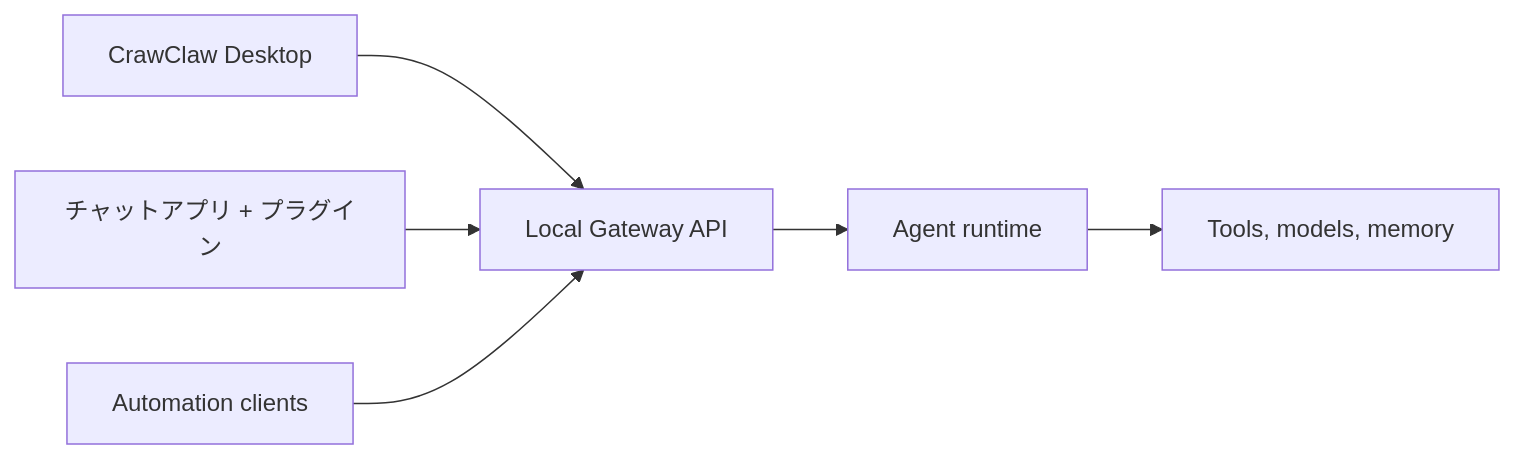
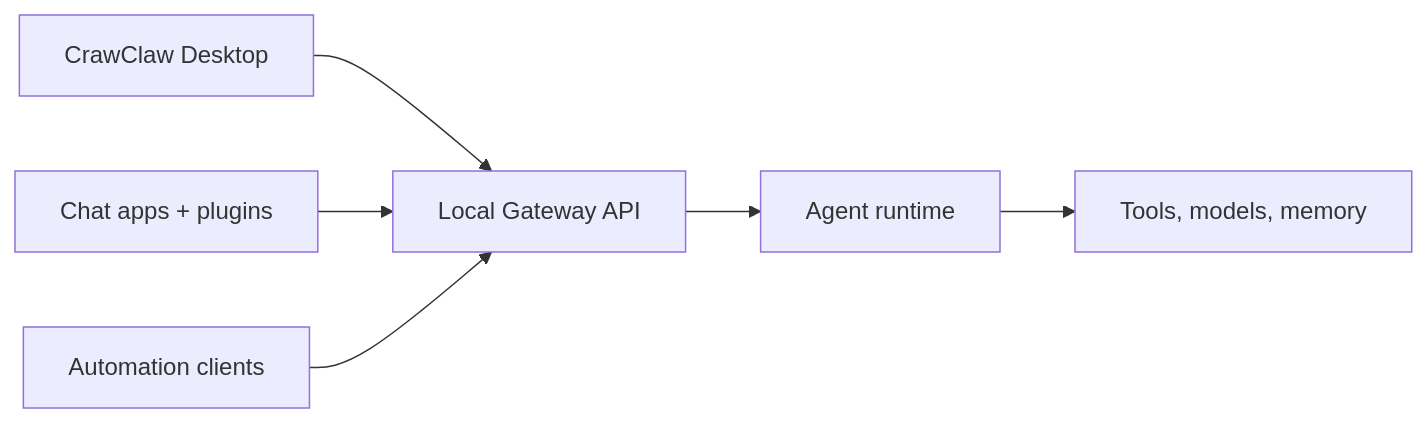
The diagram in docs/ja-JP/index.md (qianleigood/crawclaw), drawn with Mermaid before and after one commit. The commit also changed other lines of this file and 3 other files, not shown here.

````diff
--- a/docs/ja-JP/index.md
+++ b/docs/ja-JP/index.md
@@ -55,8 +62,8 @@
 ```mermaid
 flowchart LR
   A["CrawClaw Desktop"] --> B["Local Gateway API"]
-  C["チャットアプリ + プラグイン"] --> B
+  C["Chat apps + plugins"] --> B
   D["Automation clients"] --> B
   B --> E["Agent runtime"]
   E --> F["Tools, models, memory"]
 ```
````
